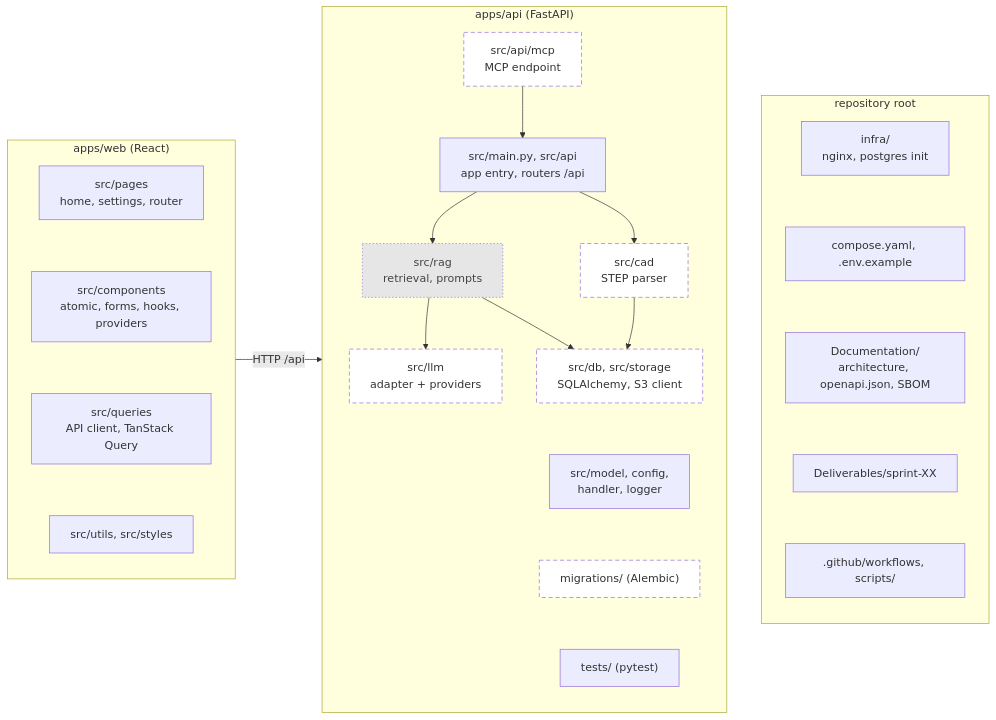
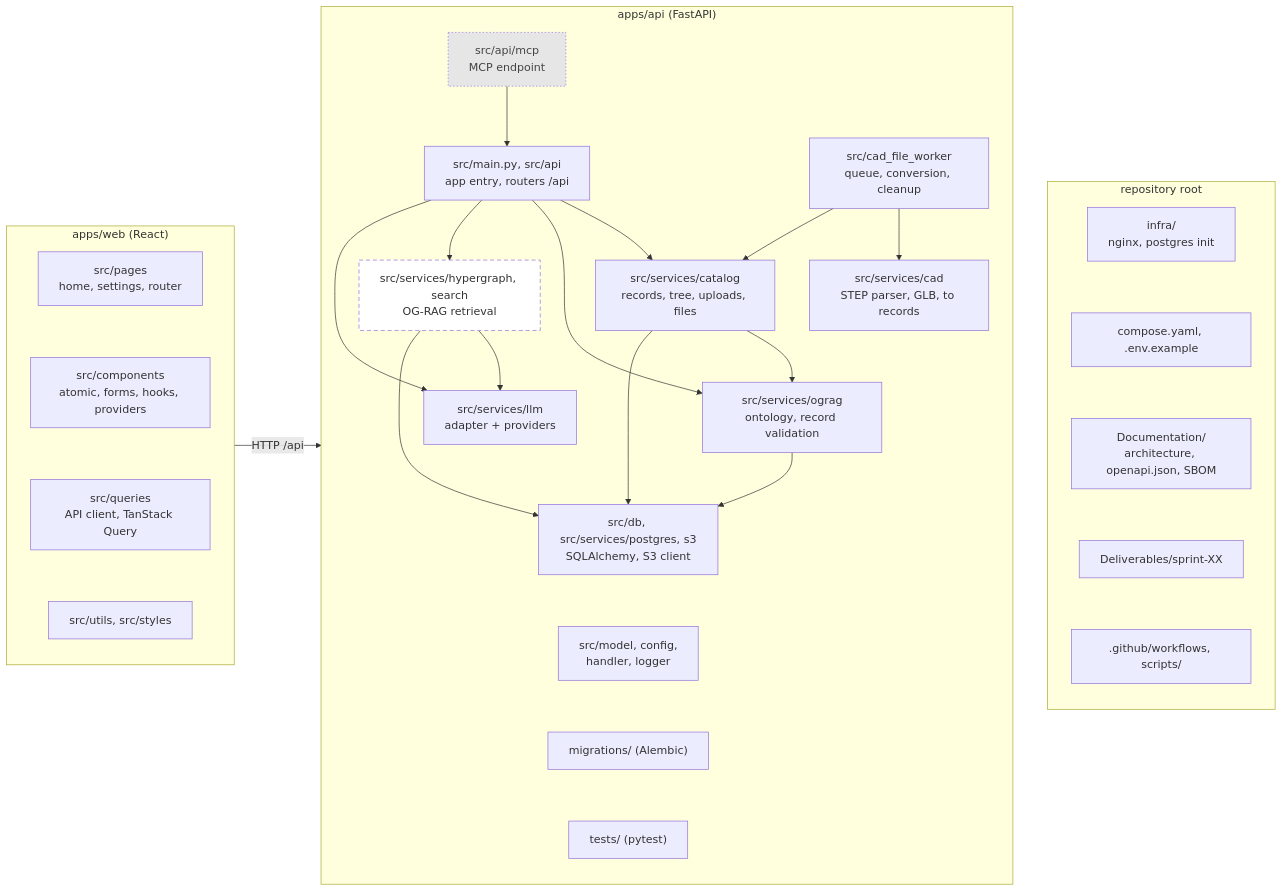
One commit to amosproj/amos2026ws02-engineering-knowledge-advisor changed the second of 2 diagrams in Documentation/architecture/software-architecture.md. Above: the diagram before and after it, drawn with Mermaid. The commit also changed other lines of this file and 8 other files, not shown here.

````diff
--- a/Documentation/architecture/software-architecture.md
+++ b/Documentation/architecture/software-architecture.md
@@ -77,49 +76,64 @@
 ```mermaid
 flowchart LR
     subgraph web["apps/web (React)"]
         direction TB
         wpages["src/pages<br/>home, settings, router"]
         wcomp["src/components<br/>atomic, forms, hooks, providers"]
         wq["src/queries<br/>API client, TanStack Query"]
         wutil["src/utils, src/styles"]
         wpages ~~~ wcomp ~~~ wq ~~~ wutil
     end
 
     subgraph api["apps/api (FastAPI)"]
         direction TB
+
         arouter["src/main.py, src/api<br/>app entry, routers /api"]
+        abase["src/model, config,<br/>handler, logger"]
         amcp["src/api/mcp<br/>MCP endpoint"]
-        acad["src/cad<br/>STEP parser"]
-        arag["src/rag<br/>retrieval, prompts"]
-        allm["src/llm<br/>adapter + providers"]
-        adb["src/db, src/storage<br/>SQLAlchemy, S3 client"]
-        abase["src/model, config,<br/>handler, logger"]
+
+        aworker["src/cad_file_worker<br/>queue, conversion, cleanup"]
+
+        acad["src/services/cad<br/>STEP parser, GLB, to records"]
+        acat["src/services/catalog<br/>records, tree, uploads, files"]
+        aogg["src/services/ograg<br/>ontology, record validation"]
+        arag["src/services/hypergraph, search<br/>OG-RAG retrieval"]
+        allm["src/services/llm<br/>adapter + providers"]
+        adb["src/db, src/services/postgres, s3<br/>SQLAlchemy, S3 client"]
+
         amig["migrations/ (Alembic)"]
         atest["tests/ (pytest)"]
-        arouter --> acad
+
+        arouter --> acat
+        arouter --> aogg
         arouter --> arag
+        arouter --> allm
         amcp --> arouter
+        aworker --> acad
+        aworker --> acat
+        acat --> aogg
+        acat --> adb
+        aogg --> adb
         arag --> allm
         arag --> adb
-        acad --> adb
+
         adb ~~~ abase ~~~ amig ~~~ atest
     end
 
     subgraph root["repository root"]
         direction TB
         infra["infra/<br/>nginx, postgres init"]
         compose["compose.yaml, .env.example"]
         docs["Documentation/<br/>architecture, openapi.json, SBOM"]
         deliv["Deliverables/sprint-XX"]
         ci[".github/workflows, scripts/"]
         infra ~~~ compose ~~~ docs ~~~ deliv ~~~ ci
     end
 
     web -- "HTTP /api" --> api
     api ~~~ root
 
     classDef planned stroke-dasharray: 6 4,fill:#ffffff;
     classDef open stroke-dasharray: 2 3,fill:#e6e6e6,color:#444;
-    class acad,allm,adb,amig,amcp planned
-    class arag open
+    class arag planned
+    class amcp open
 ```
````
